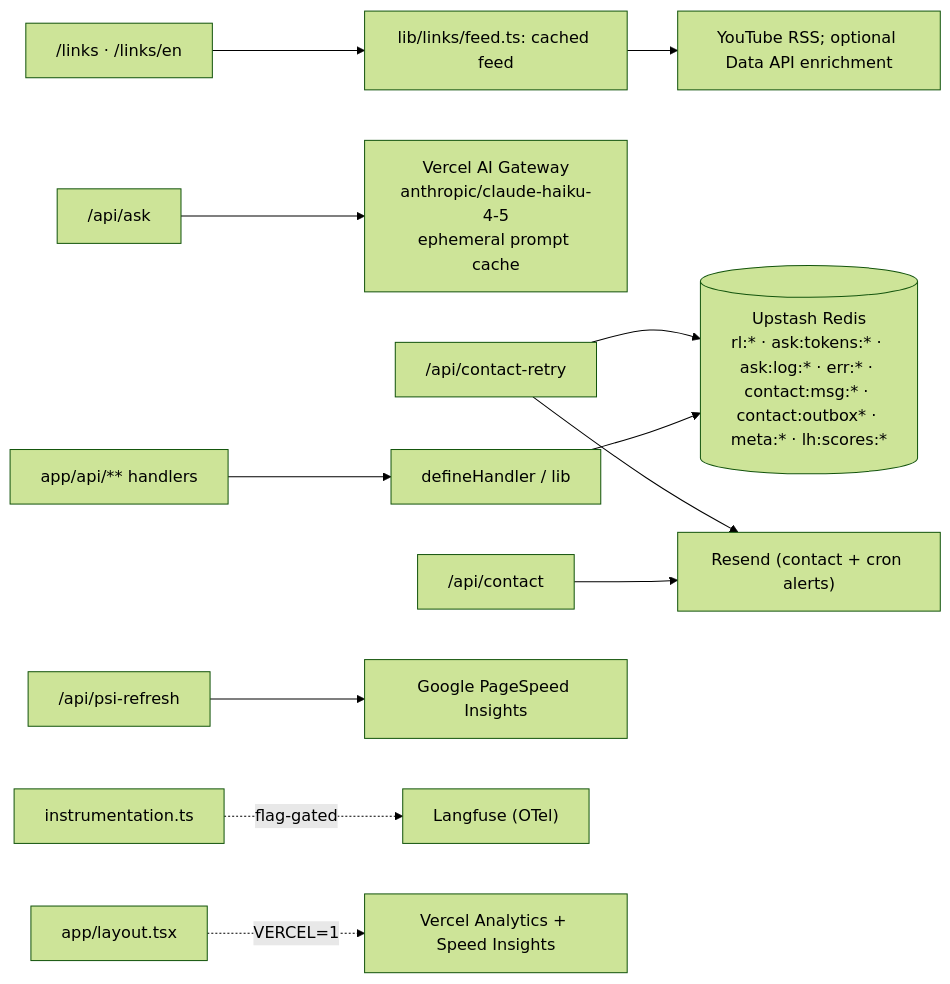
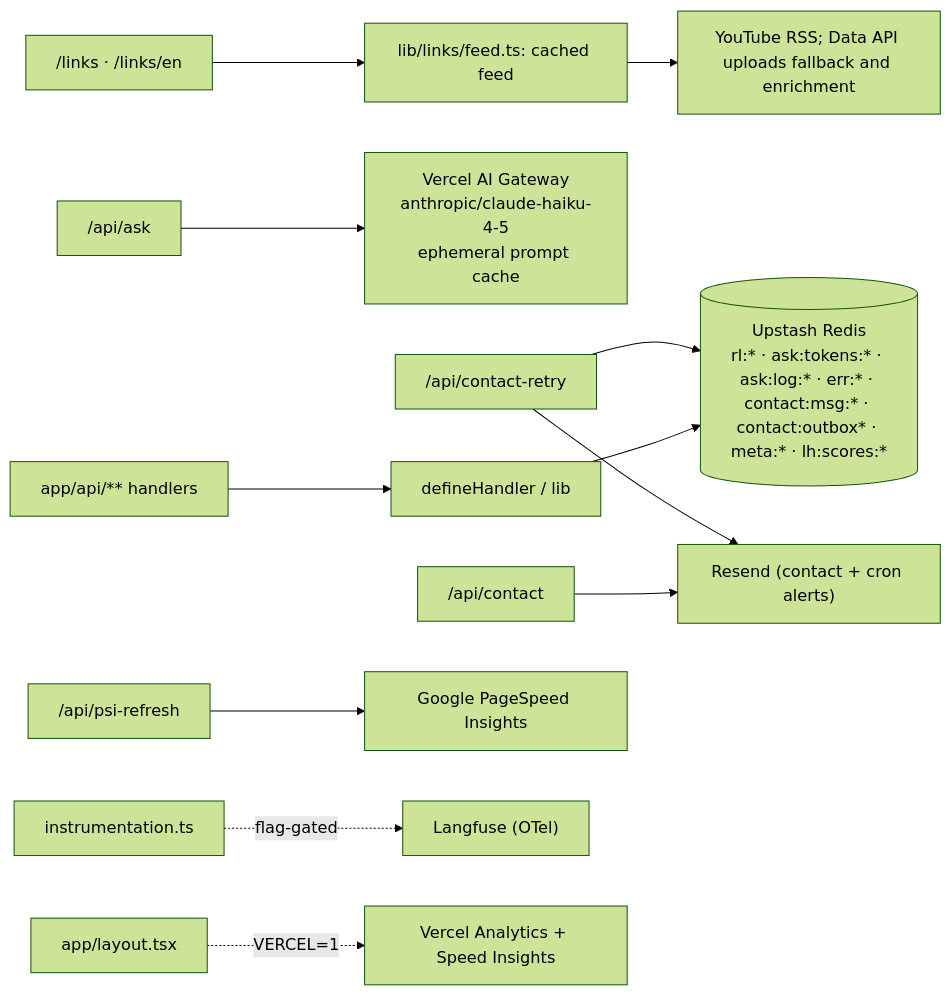
Before and after one commit to erikunha/portfolio: the diagram in docs/05-api-and-integrations.md, drawn with Mermaid (forest theme). The commit also changed other lines of this file and 6 other files, not shown here.

First line of the commit message:
fix(links): read the uploads playlist through the Data API when the RSS feed fails

````diff
--- a/docs/05-api-and-integrations.md
+++ b/docs/05-api-and-integrations.md
@@ -76,14 +76,14 @@
 ```mermaid
 flowchart LR
     routes["app/api/** handlers"] --> defh["defineHandler / lib"]
     defh --> redis[("Upstash Redis<br/>rl:* · ask:tokens:* · ask:log:* · err:* · contact:msg:* · contact:outbox* · meta:* · lh:scores:*")]
     ask["/api/ask"] --> gw["Vercel AI Gateway<br/>anthropic/claude-haiku-4-5<br/>ephemeral prompt cache"]
     linkpages["/links · /links/en"] --> links["lib/links/feed.ts: cached feed"]
-    links --> youtube["YouTube RSS; optional Data API enrichment"]
+    links --> youtube["YouTube RSS; Data API uploads fallback and enrichment"]
     contact["/api/contact"] --> resend["Resend (contact + cron alerts)"]
     retry["/api/contact-retry"] --> redis
     retry --> resend
     psicron["/api/psi-refresh"] --> psi["Google PageSpeed Insights"]
     instr["instrumentation.ts"] -.flag-gated.-> lf["Langfuse (OTel)"]
     layout["app/layout.tsx"] -.VERCEL=1.-> rum["Vercel Analytics + Speed Insights"]
 ```
````
